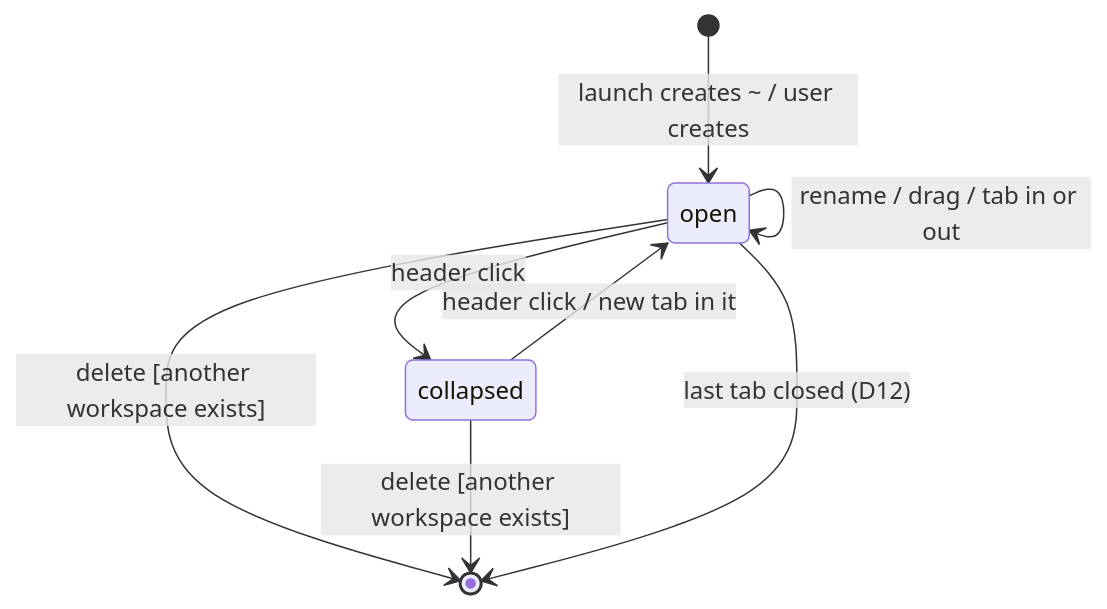
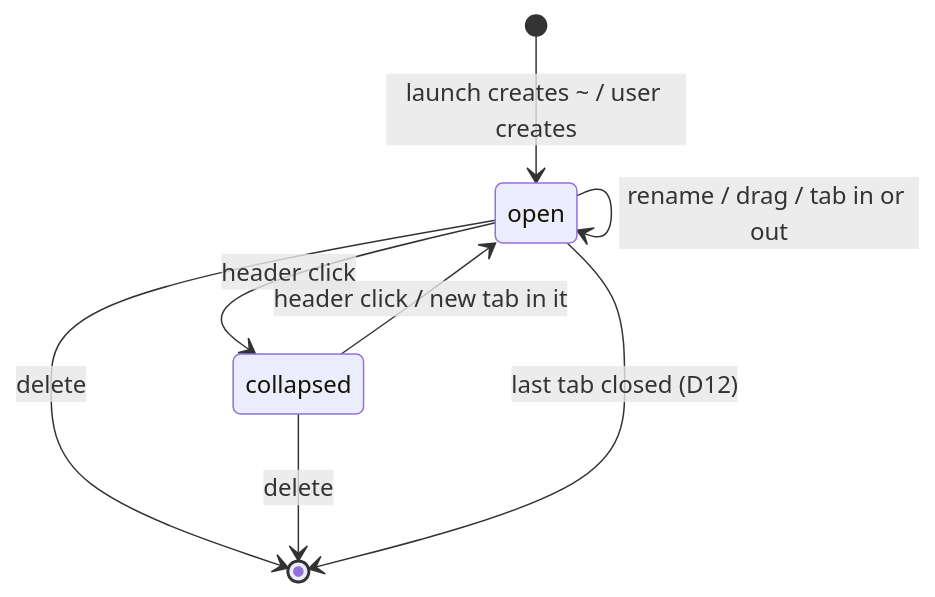
One commit to daniil4545/tarn changed the second of 2 diagrams in docs/specs/windows-workspaces.md. Above: the diagram before and after it, drawn with Mermaid. The commit also changed other lines of this file and 3 other files, not shown here.

````diff
--- a/docs/specs/windows-workspaces.md
+++ b/docs/specs/windows-workspaces.md
@@ -44,10 +44,10 @@
 ```mermaid
 stateDiagram-v2
   [*] --> open: launch creates ~ / user creates
   open --> collapsed: header click
   collapsed --> open: header click / new tab in it
   open --> open: rename / drag / tab in or out
-  open --> [*]: delete [another workspace exists]
-  collapsed --> [*]: delete [another workspace exists]
+  open --> [*]: delete
+  collapsed --> [*]: delete
   open --> [*]: last tab closed (D12)
 ```
````
